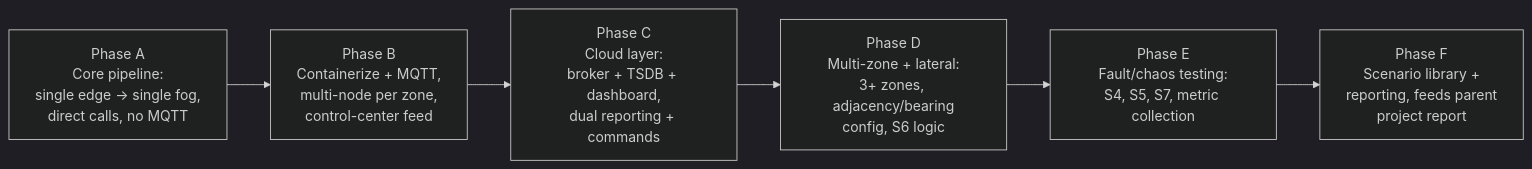
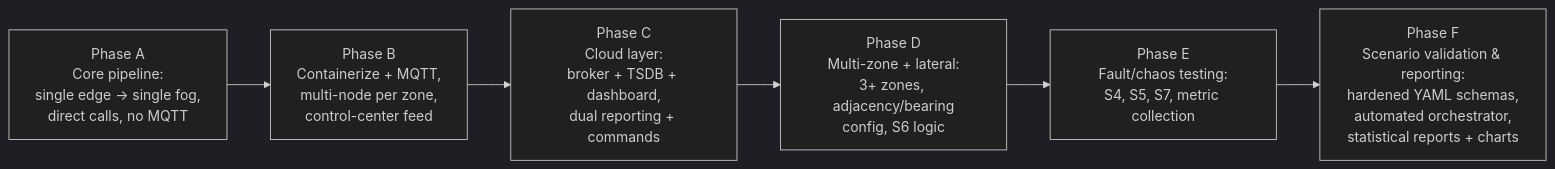
One commit to Gowshick-sapien/IGNIS changed the seventh of 7 diagrams in docs/architecture.md. Above: the diagram before and after it, drawn with Mermaid (dark theme). The commit also changed other lines of this file and 12 other files, not shown here.

````diff
--- a/docs/architecture.md
+++ b/docs/architecture.md
@@ -293,8 +293,8 @@
 ```mermaid
 flowchart LR
     A["Phase A<br/>Core pipeline:<br/>single edge → single fog,<br/>direct calls, no MQTT"] --> B["Phase B<br/>Containerize + MQTT,<br/>multi-node per zone,<br/>control-center feed"]
     B --> C["Phase C<br/>Cloud layer:<br/>broker + TSDB + dashboard,<br/>dual reporting + commands"]
     C --> D["Phase D<br/>Multi-zone + lateral:<br/>3+ zones, adjacency/bearing<br/>config, S6 logic"]
     D --> E["Phase E<br/>Fault/chaos testing:<br/>S4, S5, S7, metric collection"]
-    E --> F["Phase F<br/>Scenario library +<br/>reporting, feeds parent<br/>project report"]
+    E --> F["Phase F<br/>Scenario validation & reporting:<br/>hardened YAML schemas,<br/>automated orchestrator,<br/>statistical reports + charts"]
 ```
````
